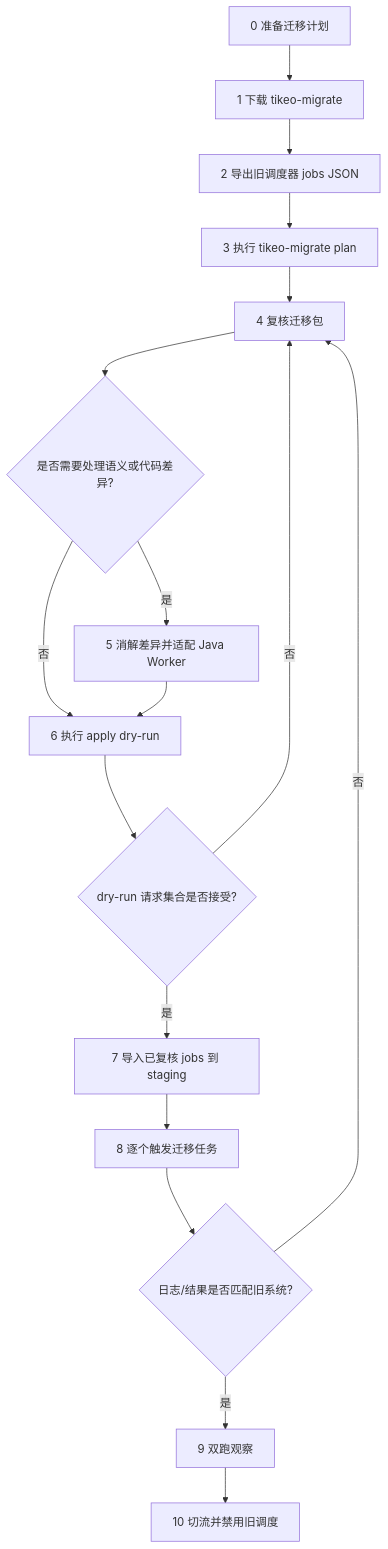
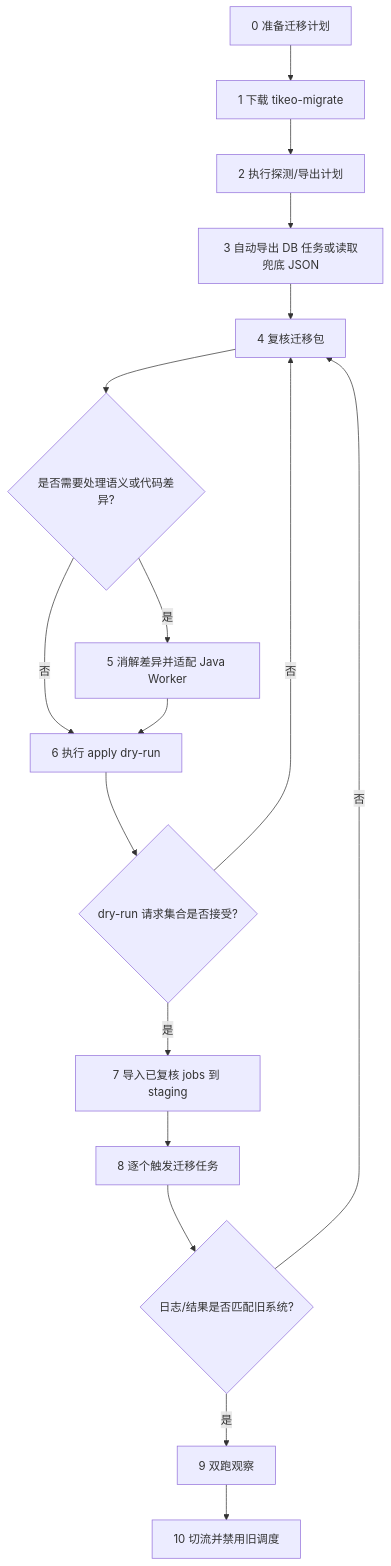
Before and after one commit to yhyzgn/tikeo: the diagram in docs/i18n/zh-CN/docusaurus-plugin-content-docs/current/integrations/migrating-from-legacy-schedulers.md, drawn with Mermaid. The commit also changed other lines of this file and 8 other files, not shown here.

````diff
--- a/docs/i18n/zh-CN/docusaurus-plugin-content-docs/current/integrations/migrating-from-legacy-schedulers.md
+++ b/docs/i18n/zh-CN/docusaurus-plugin-content-docs/current/integrations/migrating-from-legacy-schedulers.md
@@ -30,19 +30,19 @@
 ```mermaid
 flowchart TD
   A[0 准备迁移计划] --> B[1 下载 tikeo-migrate]
-  B --> C[2 导出旧调度器 jobs JSON]
-  C --> D[3 执行 tikeo-migrate plan]
+  B --> C[2 执行探测/导出计划]
+  C --> D[3 自动导出 DB 任务或读取兜底 JSON]
   D --> E[4 复核迁移包]
   E --> F{是否需要处理语义或代码差异?}
   F -- 是 --> G[5 消解差异并适配 Java Worker]
   F -- 否 --> H[6 执行 apply dry-run]
   G --> H
   H --> I{dry-run 请求集合是否接受?}
   I -- 否 --> E
   I -- 是 --> J[7 导入已复核 jobs 到 staging]
   J --> K[8 逐个触发迁移任务]
   K --> L{日志/结果是否匹配旧系统?}
   L -- 否 --> E
   L -- 是 --> M[9 双跑观察]
   M --> N[10 切流并禁用旧调度]
 ```
````
